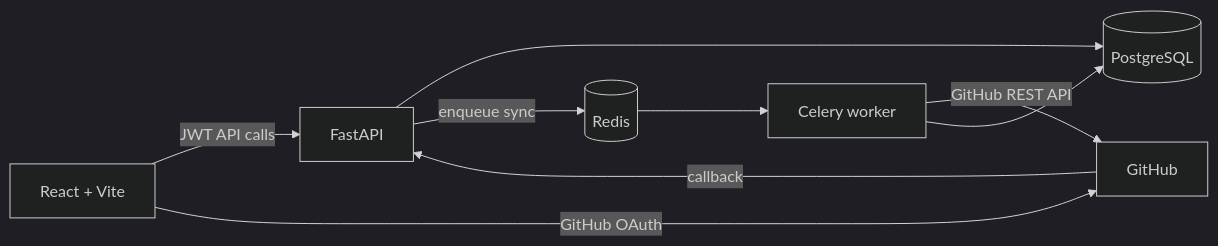
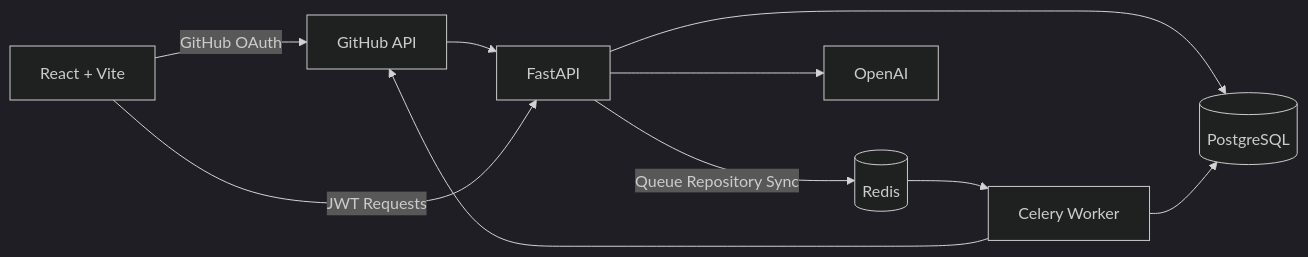
Before and after one commit to Mayurrr02/RepoHub-GitInsight-AI: the diagram in README.md, drawn with Mermaid (dark theme). The commit also changed other lines of this file, not shown here.

````diff
--- a/README.md
+++ b/README.md
@@ -17,11 +119,25 @@
 ```mermaid
 flowchart LR
-  UI[React + Vite] -->|JWT API calls| API[FastAPI]
-  UI -->|GitHub OAuth| GH[GitHub]
-  GH -->|callback| API
-  API --> PG[(PostgreSQL)]
-  API -->|enqueue sync| R[(Redis)]
-  R --> CW[Celery worker]
-  CW -->|GitHub REST API| GH
-  CW --> PG
+    UI[React + Vite]
+    API[FastAPI]
+    PG[(PostgreSQL)]
+    REDIS[(Redis)]
+    WORKER[Celery Worker]
+    GH[GitHub API]
+    AI[OpenAI]
+
+    UI -->|GitHub OAuth| GH
+    GH --> API
+
+    UI -->|JWT Requests| API
+
+    API --> PG
+
+    API -->|Queue Repository Sync| REDIS
+    REDIS --> WORKER
+
+    WORKER --> GH
+    WORKER --> PG
+
+    API --> AI
 ```
````
